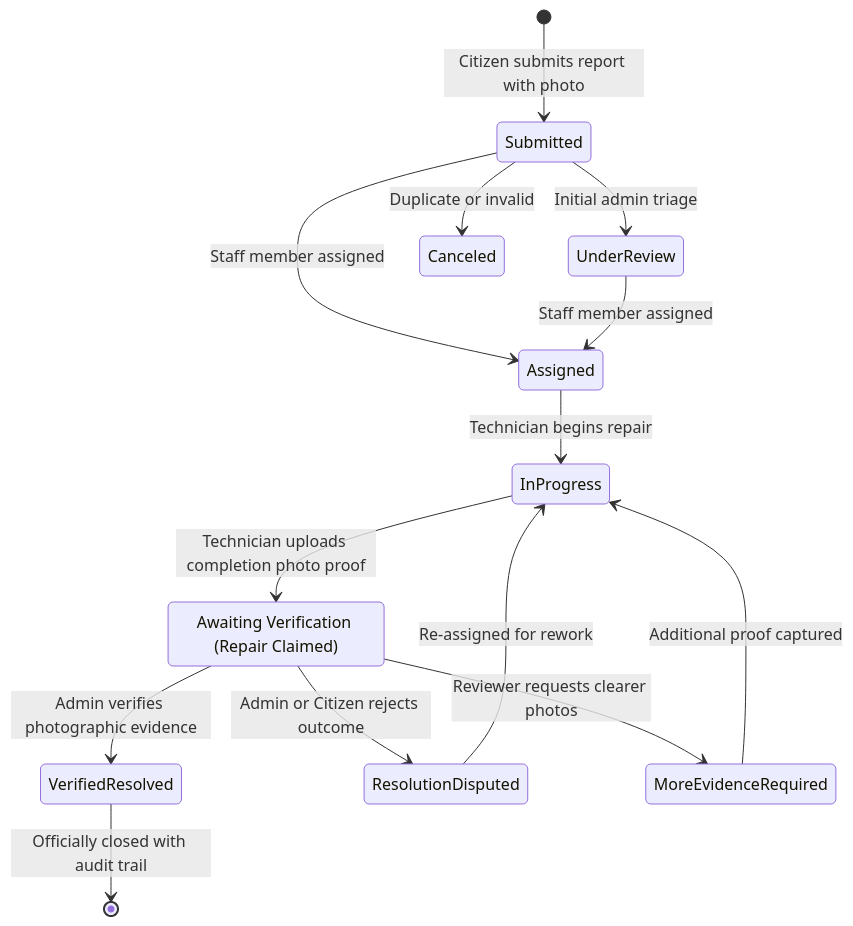
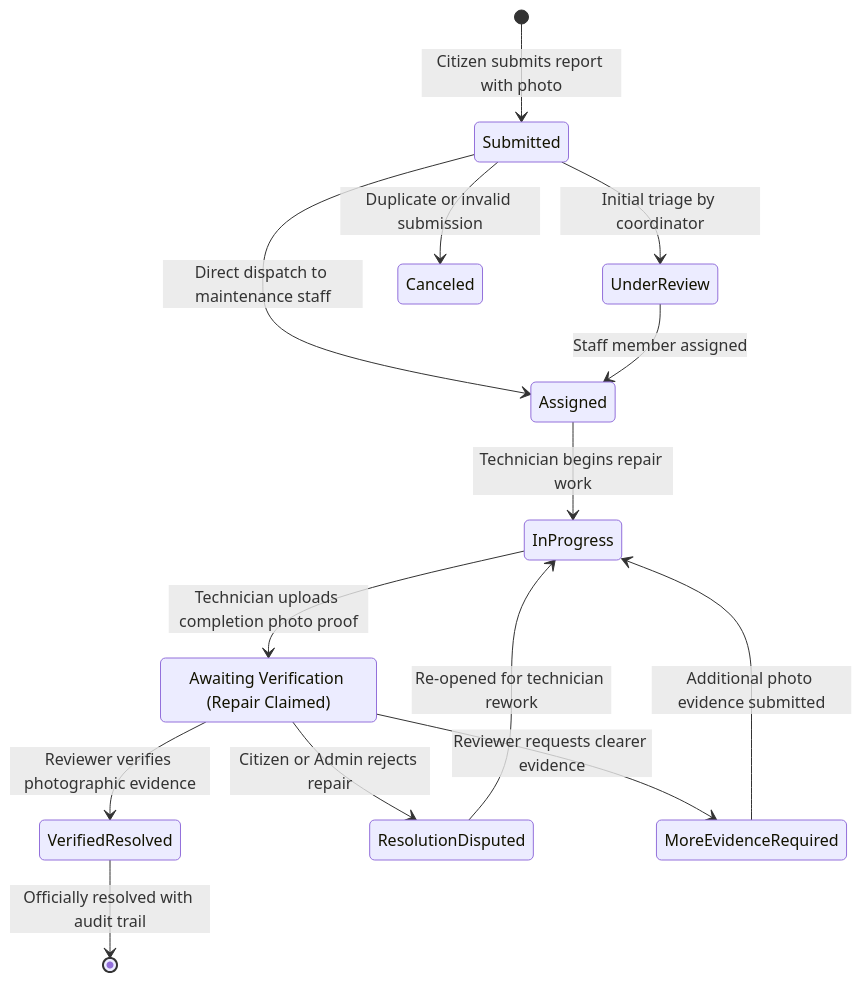
One commit to biswajitbiswal-in/proofBridge changed the diagram in README.md. Above: the diagram before and after it, drawn with Mermaid. The commit also changed other lines of this file and 4 other files, not shown here.

````diff
--- a/README.md
+++ b/README.md
@@ -85,22 +63,22 @@
 ```mermaid
 stateDiagram-v2
     [*] --> Submitted: Citizen submits report with photo
-    Submitted --> UnderReview: Initial admin triage
-    Submitted --> Assigned: Staff member assigned
+    Submitted --> UnderReview: Initial triage by coordinator
+    Submitted --> Assigned: Direct dispatch to maintenance staff
     UnderReview --> Assigned: Staff member assigned
     
-    Assigned --> InProgress: Technician begins repair
+    Assigned --> InProgress: Technician begins repair work
     InProgress --> AwaitingVerification: Technician uploads completion photo proof
     
     state "Awaiting Verification (Repair Claimed)" as AwaitingVerification
     
-    AwaitingVerification --> VerifiedResolved: Admin verifies photographic evidence
-    AwaitingVerification --> ResolutionDisputed: Admin or Citizen rejects outcome
-    AwaitingVerification --> MoreEvidenceRequired: Reviewer requests clearer photos
+    AwaitingVerification --> VerifiedResolved: Reviewer verifies photographic evidence
+    AwaitingVerification --> ResolutionDisputed: Citizen or Admin rejects repair
+    AwaitingVerification --> MoreEvidenceRequired: Reviewer requests clearer evidence
     
-    ResolutionDisputed --> InProgress: Re-assigned for rework
-    MoreEvidenceRequired --> InProgress: Additional proof captured
+    ResolutionDisputed --> InProgress: Re-opened for technician rework
+    MoreEvidenceRequired --> InProgress: Additional photo evidence submitted
     
-    VerifiedResolved --> [*]: Officially closed with audit trail
-    Submitted --> Canceled: Duplicate or invalid
+    VerifiedResolved --> [*]: Officially resolved with audit trail
+    Submitted --> Canceled: Duplicate or invalid submission
 ```
````
